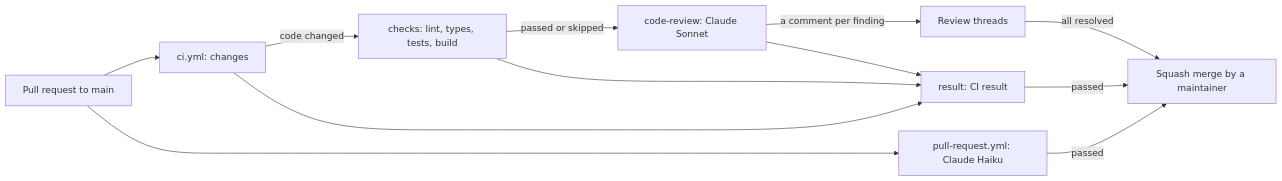
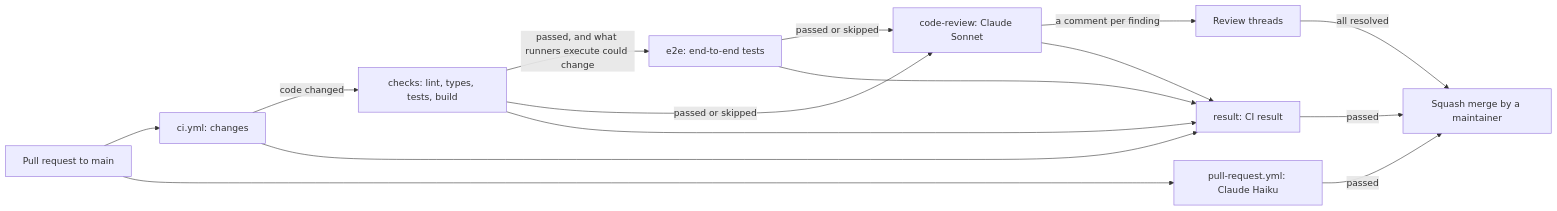
Before and after one commit to froazin/action-wsl-setup: the diagram in docs/ci.md, drawn with Mermaid. The commit also changed other lines of this file and 6 other files, not shown here.

First line of the commit message:
ci(ci): Run the end-to-end tests on pull requests before the code review

````diff
--- a/docs/ci.md
+++ b/docs/ci.md
@@ -21,16 +21,19 @@
 ```mermaid
 flowchart LR
     accTitle: The workflows that run on a pull request
-    accDescr: A pull request to main starts two workflows. In ci.yml, the changes job decides whether code changed. The checks job runs the lint, type check, unit tests and build when it did. The code-review job runs Claude Sonnet when the checks passed or weren't needed, and comments on the pull request. The result job fails unless every job passed or was skipped. pull-request.yml runs Claude Haiku on the title and description. Once both checks pass and every thread is resolved, a maintainer merges the pull request.
+    accDescr: A pull request to main starts two workflows. In ci.yml, the changes job decides whether code changed. The checks job runs the lint, type check, unit tests and build when it did. When the checks pass and the change could affect what runners execute, the e2e job runs the end-to-end tests on Windows runners. The code-review job runs Claude Sonnet when those passed or weren't needed, and comments on the pull request. The result job fails unless every job passed or was skipped. pull-request.yml runs Claude Haiku on the title and description. Once both checks pass and every thread is resolved, a maintainer merges the pull request.
     pr[Pull request to main] --> changes[ci.yml: changes]
     changes -->|code changed| checks[checks: lint, types, tests, build]
+    checks -->|passed, and what runners execute could change| e2e[e2e: end-to-end tests]
     checks -->|passed or skipped| review[code-review: Claude Sonnet]
+    e2e -->|passed or skipped| review
     review -->|a comment per finding| threads[Review threads]
     changes --> result[result: CI result]
     checks --> result
+    e2e --> result
     review --> result
     pr --> title[pull-request.yml: Claude Haiku]
     result -->|passed| merge[Squash merge by a maintainer]
     title -->|passed| merge
     threads -->|all resolved| merge
 ```
````
